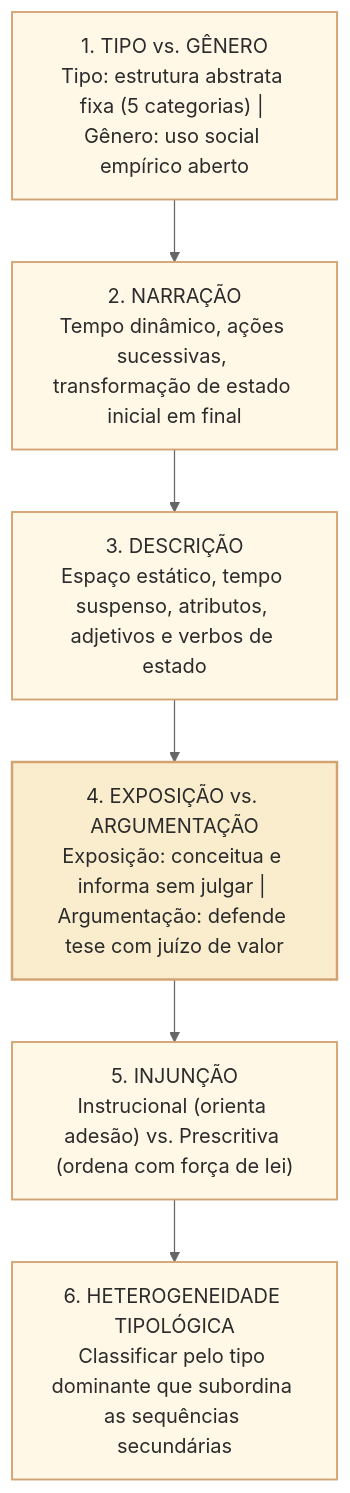
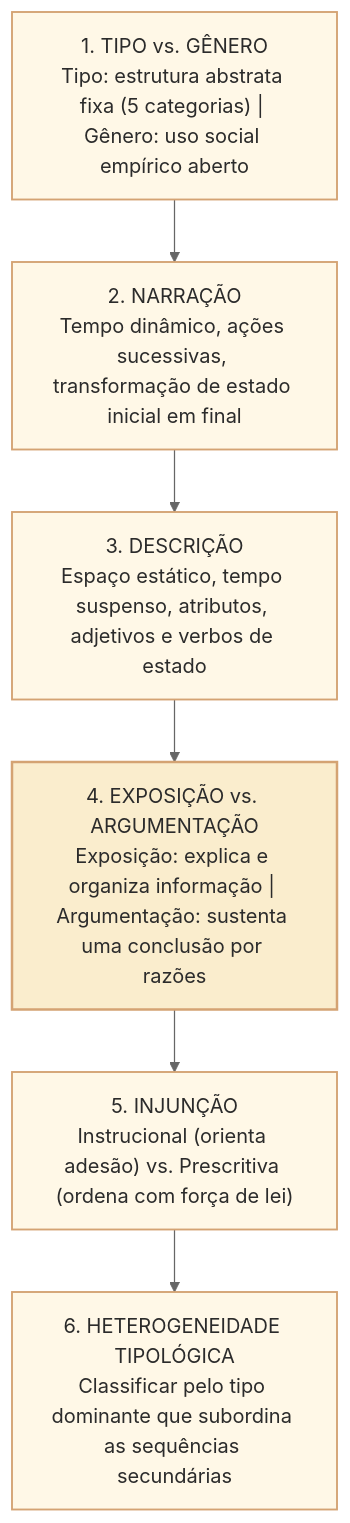
Before and after one commit to leorruas/concursos: the fourth of 4 diagrams in 3 - Materias/Portugues/15 - tipologia textual criterios de distincao e sequencias prototipicas.md, drawn with Mermaid (neutral theme). The commit also changed other lines of this file, not shown here.

Commit message:
fix(portugues): corrigir regras absolutas de pontuação, inferência e argumentação

````diff
--- a/3 - Materias/Portugues/15 - tipologia textual criterios de distincao e sequencias prototipicas.md
+++ b/3 - Materias/Portugues/15 - tipologia textual criterios de distincao e sequencias prototipicas.md
@@ -202,14 +202,14 @@
 ```mermaid
 flowchart TD
     classDef default fill:#fff8e7,stroke:#d4a373,stroke-width:1.5px,color:#2b2b2b;
     classDef dest fill:#faedcd,stroke:#d4a373,stroke-width:2px,color:#2b2b2b;
 
     P1["1. TIPO vs. GÊNERO<br>Tipo: estrutura abstrata fixa (5 categorias) | Gênero: uso social empírico aberto"]
     P2["2. NARRAÇÃO<br>Tempo dinâmico, ações sucessivas, transformação de estado inicial em final"]
     P3["3. DESCRIÇÃO<br>Espaço estático, tempo suspenso, atributos, adjetivos e verbos de estado"]
-    P4["4. EXPOSIÇÃO vs. ARGUMENTAÇÃO<br>Exposição: conceitua e informa sem julgar | Argumentação: defende tese com juízo de valor"]:::dest
+    P4["4. EXPOSIÇÃO vs. ARGUMENTAÇÃO<br>Exposição: explica e organiza informação | Argumentação: sustenta uma conclusão por razões"]:::dest
     P5["5. INJUNÇÃO<br>Instrucional (orienta adesão) vs. Prescritiva (ordena com força de lei)"]
     P6["6. HETEROGENEIDADE TIPOLÓGICA<br>Classificar pelo tipo dominante que subordina as sequências secundárias"]
 
     P1 --> P2 --> P3 --> P4 --> P5 --> P6
 ```
````
